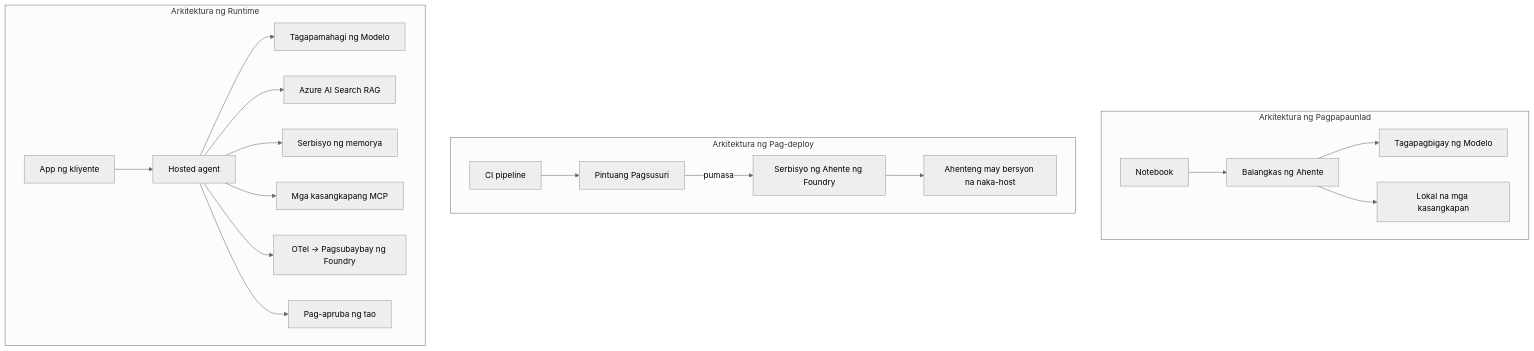
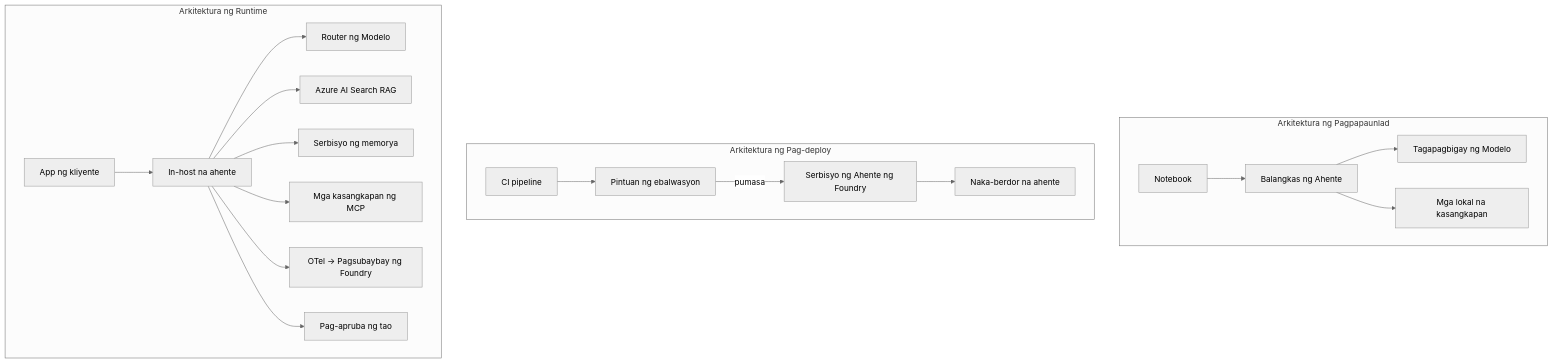
The fourth of 4 diagrams in mirrors/repos/microsoft@ai-agents-for-beginners/translations/tl/16-deploying-scalable-agents/README.md (gabrielmoreira/agent-skills-mirror), drawn with Mermaid (neutral theme) before and after one commit. The commit also changed other lines of this file and 3581 other files, not shown here.

````diff
--- a/mirrors/repos/microsoft@ai-agents-for-beginners/translations/tl/16-deploying-scalable-agents/README.md
+++ b/mirrors/repos/microsoft@ai-agents-for-beginners/translations/tl/16-deploying-scalable-agents/README.md
@@ -185,22 +185,22 @@
 ```mermaid
 flowchart TB
     subgraph Dev[Arkitektura ng Pagpapaunlad]
         D1[Notebook] --> D2[Balangkas ng Ahente]
         D2 --> D3[Tagapagbigay ng Modelo]
-        D2 --> D4[Lokal na mga kasangkapan]
+        D2 --> D4[Mga lokal na kasangkapan]
     end
     subgraph Deploy[Arkitektura ng Pag-deploy]
-        E1[CI pipeline] --> E2[Pintuang Pagsusuri]
+        E1[CI pipeline] --> E2[Pintuan ng ebalwasyon]
         E2 -->|pumasa| E3[Serbisyo ng Ahente ng Foundry]
-        E3 --> E4[Ahenteng may bersyon na naka-host]
+        E3 --> E4[Naka-berdor na ahente]
     end
     subgraph Run[Arkitektura ng Runtime]
-        F1[App ng kliyente] --> F2[Hosted agent]
-        F2 --> F3[Tagapamahagi ng Modelo]
+        F1[App ng kliyente] --> F2[In-host na ahente]
+        F2 --> F3[Router ng Modelo]
         F2 --> F4[Azure AI Search RAG]
         F2 --> F5[Serbisyo ng memorya]
-        F2 --> F6[Mga kasangkapang MCP]
+        F2 --> F6[Mga kasangkapan ng MCP]
         F2 --> F7[OTel -> Pagsubaybay ng Foundry]
         F2 --> F8[Pag-apruba ng tao]
     end
 ```
````
